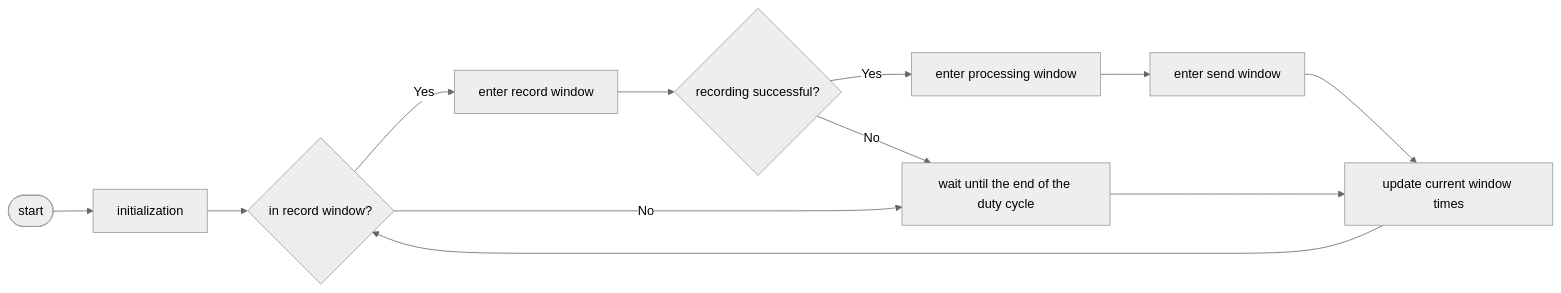
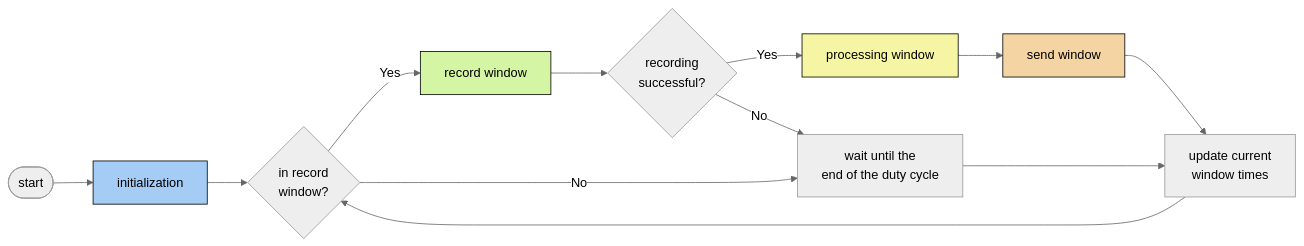
One commit to SASlabgroup/microSWIFT changed the third of 7 diagrams in doc/Design.md. Above: the diagram before and after it, drawn with Mermaid (neutral theme). The commit also changed other lines of this file, not shown here.

````diff
--- a/doc/Design.md
+++ b/doc/Design.md
@@ -114,18 +114,27 @@
 ```mermaid
 flowchart LR
     start([start])--> initialization
-    initialization --> in_record{"in record window?"};
+    initialization --> in_record{"in record<br/>window?"};
     
-    in_record-->|Yes| record_window["enter record window"]
-        record_window-->recording_successful{"recording successful?"};
-        recording_successful-->|Yes| processing_window["enter processing window"]
-        processing_window-->send_window["enter send window"]
+    in_record-->|Yes| record_window["record window"]
+        record_window-->recording_successful{"recording<br/>successful?"};
+        recording_successful-->|Yes| processing_window["processing window"]
+        processing_window-->send_window["send window"]
         send_window-->update_times
         recording_successful-->|No| wait
 
-    in_record-->|No| wait["wait until the end of the duty cycle"]
-        wait-->update_times["update current window times"]
+    in_record-->|No| wait["wait until the<br/>end of the duty cycle"]
+        wait-->update_times["update current<br/>window times"]
     
     update_times-->in_record
 
+    classDef blue fill:#a4ccf5,stroke:#000000,stroke-width:1px
+    classDef green fill:#d4f5a4,stroke:#000000,stroke-width:1px
+    classDef yellow fill:#f5f5a4,stroke:#000000,stroke-width:1px
+    classDef orange fill:#f5d4a4,stroke:#000000,stroke-width:1px
+    class initialization blue
+    class record_window green
+    class processing_window yellow
+    class send_window orange
+
 ```
````
